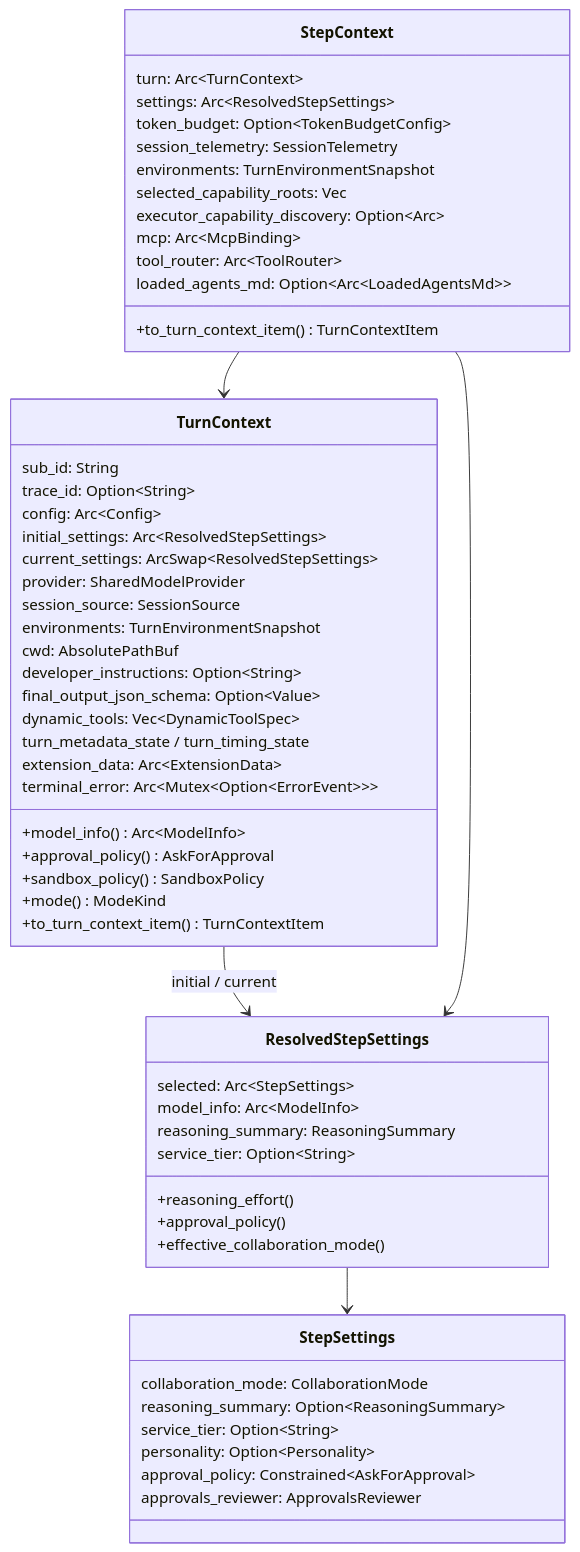
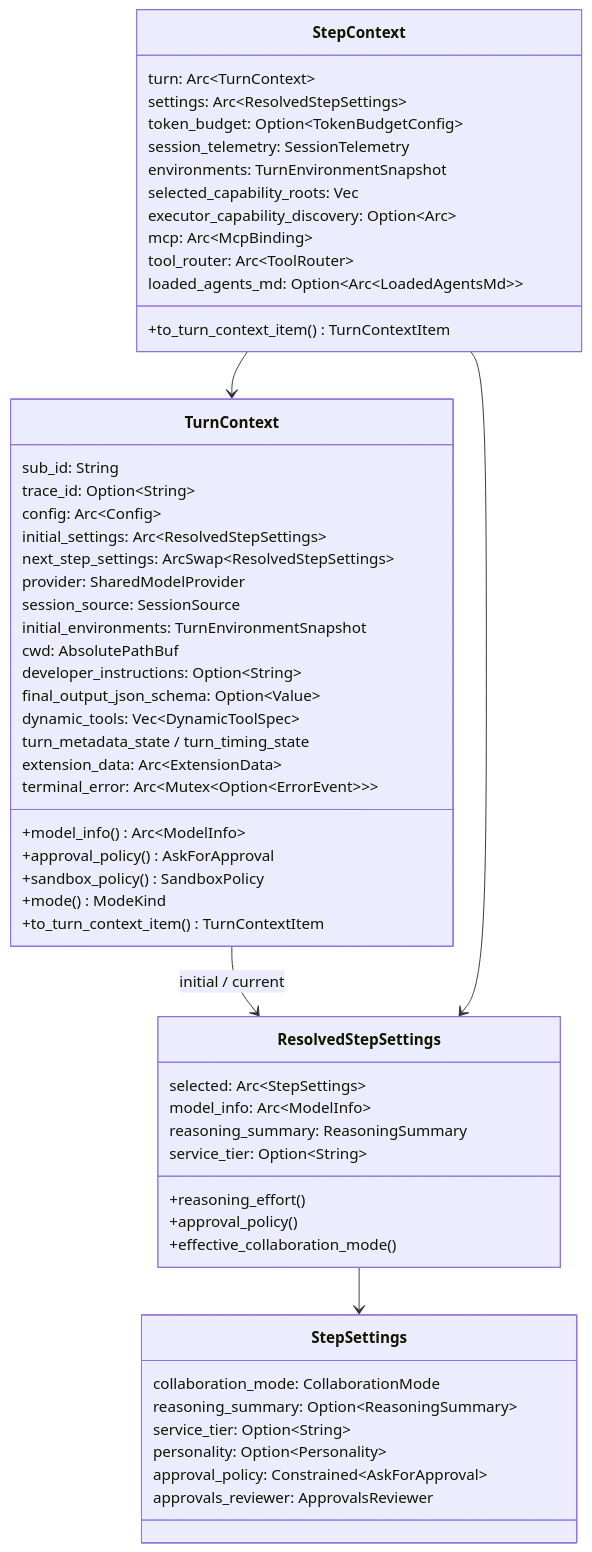
One commit to nickqiaoo/nickqiaoo.github.io changed diagram 11 of 32 in src/content/post/agents-codex/index.md. Above: the diagram before and after it, drawn with Mermaid. The commit also changed other lines of this file and 2 other files, not shown here.

````diff
--- a/src/content/post/agents-codex/index.md
+++ b/src/content/post/agents-codex/index.md
@@ -683,59 +683,59 @@
 ```mermaid
 classDiagram
   class TurnContext {
     sub_id: String
     trace_id: Option~String~
     config: Arc~Config~
     initial_settings: Arc~ResolvedStepSettings~
-    current_settings: ArcSwap~ResolvedStepSettings~
+    next_step_settings: ArcSwap~ResolvedStepSettings~
     provider: SharedModelProvider
     session_source: SessionSource
-    environments: TurnEnvironmentSnapshot
+    initial_environments: TurnEnvironmentSnapshot
     cwd: AbsolutePathBuf
     developer_instructions: Option~String~
     final_output_json_schema: Option~Value~
     dynamic_tools: Vec~DynamicToolSpec~
     turn_metadata_state / turn_timing_state
     extension_data: Arc~ExtensionData~
     terminal_error: Arc~Mutex~Option~ErrorEvent~~~
     +model_info() Arc~ModelInfo~
     +approval_policy() AskForApproval
     +sandbox_policy() SandboxPolicy
     +mode() ModeKind
     +to_turn_context_item() TurnContextItem
   }
   class ResolvedStepSettings {
     selected: Arc~StepSettings~
     model_info: Arc~ModelInfo~
     reasoning_summary: ReasoningSummary
     service_tier: Option~String~
     +reasoning_effort()
     +approval_policy()
     +effective_collaboration_mode()
   }
   class StepSettings {
     collaboration_mode: CollaborationMode
     reasoning_summary: Option~ReasoningSummary~
     service_tier: Option~String~
     personality: Option~Personality~
     approval_policy: Constrained~AskForApproval~
     approvals_reviewer: ApprovalsReviewer
   }
   class StepContext {
     turn: Arc~TurnContext~
     settings: Arc~ResolvedStepSettings~
     token_budget: Option~TokenBudgetConfig~
     session_telemetry: SessionTelemetry
     environments: TurnEnvironmentSnapshot
     selected_capability_roots: Vec
     executor_capability_discovery: Option~Arc~
     mcp: Arc~McpBinding~
     tool_router: Arc~ToolRouter~
     loaded_agents_md: Option~Arc~LoadedAgentsMd~~
     +to_turn_context_item() TurnContextItem
   }
   TurnContext --> ResolvedStepSettings : initial / current
   ResolvedStepSettings --> StepSettings
   StepContext --> TurnContext
   StepContext --> ResolvedStepSettings
 ```
````
